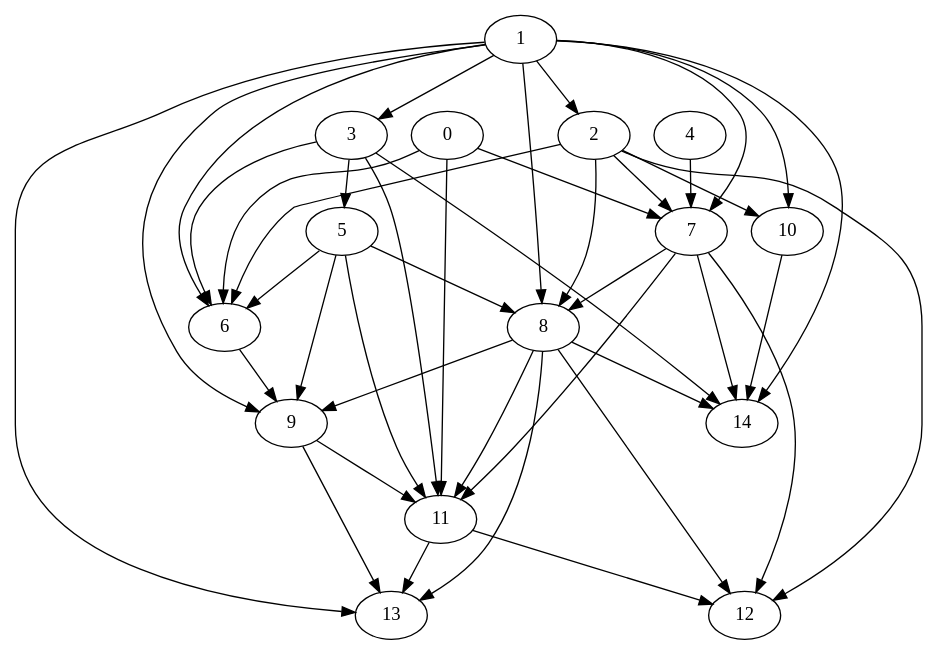
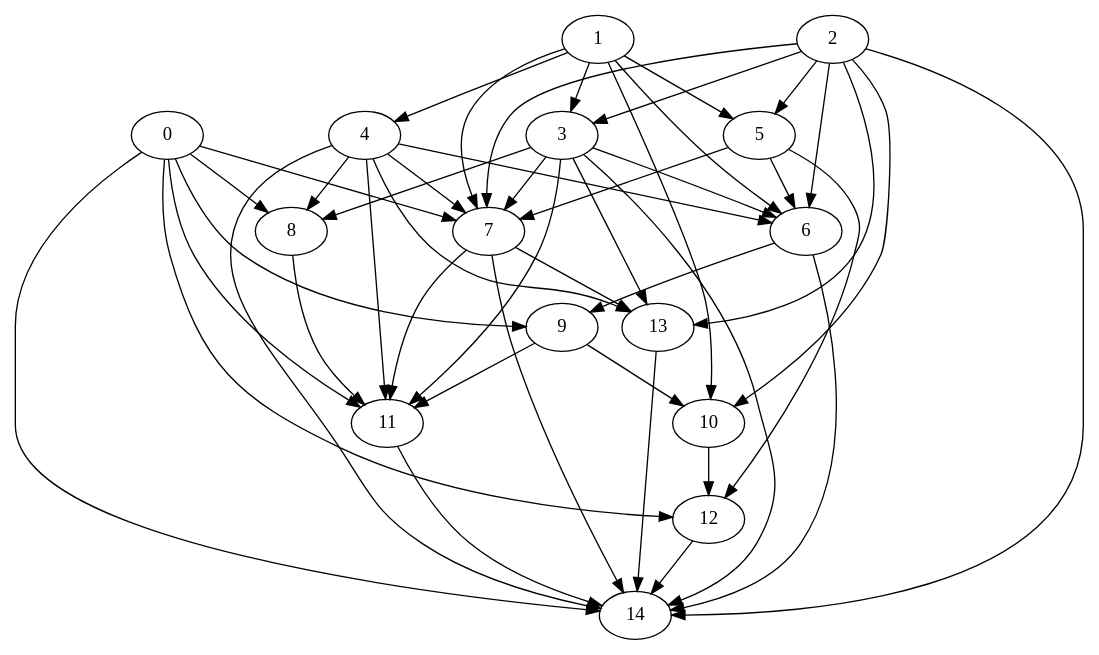
The diagram in graph.dot (klv-codehub/Course3), drawn with Graphviz before and after one commit. The commit also changed 4 other files, not shown here.

```diff
--- a/graph.dot
+++ b/graph.dot
@@ -1,43 +1,48 @@
 digraph {
-	0 -> 6;
 	0 -> 7;
+	0 -> 8;
+	0 -> 9;
 	0 -> 11;
-	1 -> 2;
+	0 -> 12;
+	0 -> 14;
 	1 -> 3;
+	1 -> 4;
+	1 -> 5;
 	1 -> 6;
 	1 -> 7;
-	1 -> 8;
-	1 -> 9;
 	1 -> 10;
-	1 -> 13;
-	1 -> 14;
+	2 -> 3;
+	2 -> 5;
 	2 -> 6;
 	2 -> 7;
-	2 -> 8;
 	2 -> 10;
-	2 -> 12;
-	3 -> 5;
+	2 -> 13;
+	2 -> 14;
 	3 -> 6;
+	3 -> 7;
+	3 -> 8;
 	3 -> 11;
+	3 -> 13;
 	3 -> 14;
+	4 -> 6;
 	4 -> 7;
+	4 -> 8;
+	4 -> 11;
+	4 -> 13;
+	4 -> 14;
 	5 -> 6;
-	5 -> 8;
-	5 -> 9;
-	5 -> 11;
+	5 -> 7;
+	5 -> 12;
 	6 -> 9;
-	7 -> 8;
+	6 -> 14;
 	7 -> 11;
-	7 -> 12;
+	7 -> 13;
 	7 -> 14;
-	8 -> 9;
 	8 -> 11;
-	8 -> 12;
-	8 -> 13;
-	8 -> 14;
+	9 -> 10;
 	9 -> 11;
-	9 -> 13;
-	10 -> 14;
-	11 -> 12;
-	11 -> 13;
+	10 -> 12;
+	11 -> 14;
+	12 -> 14;
+	13 -> 14;
 }
```
